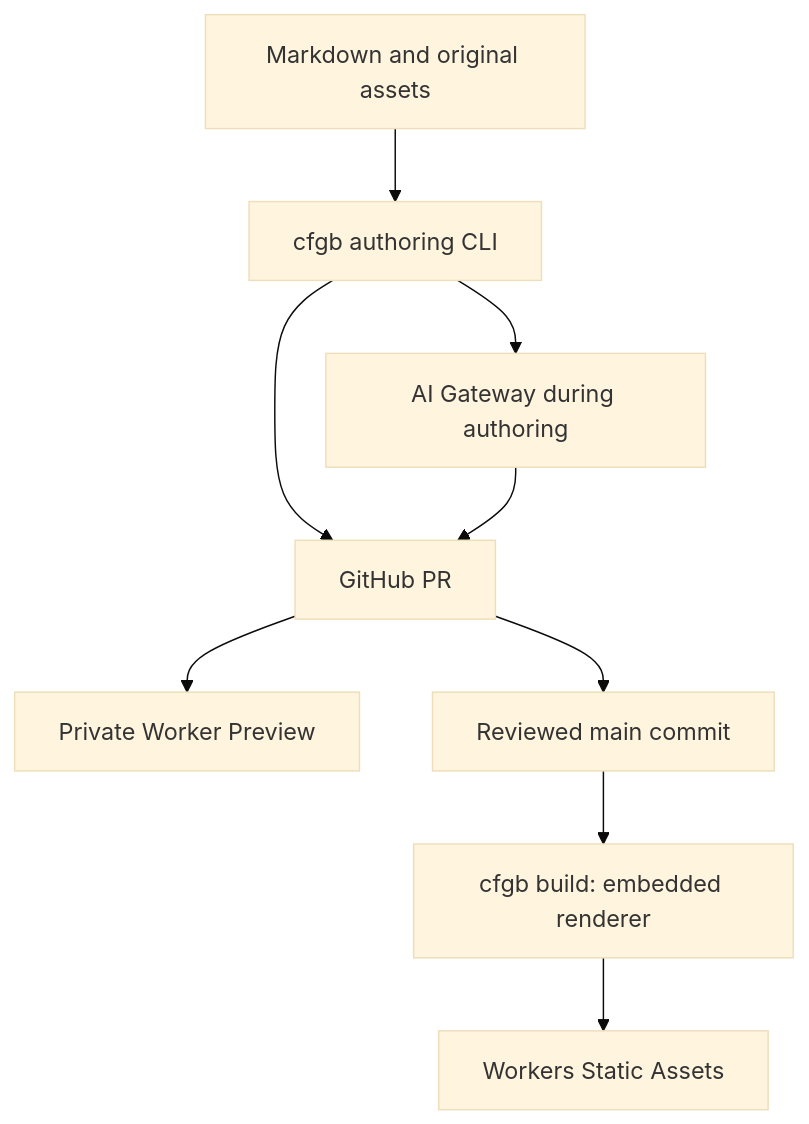
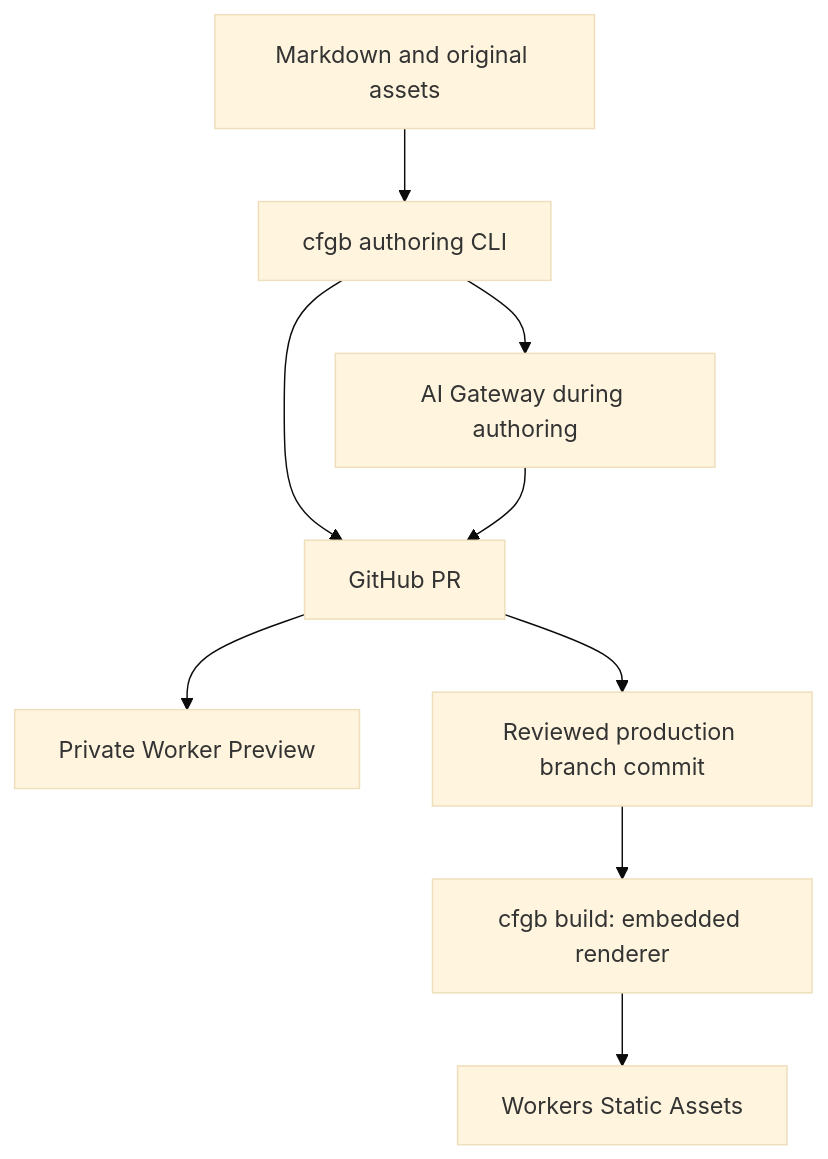
One commit to ymmt2005/cfgb changed the diagram in docs/spec/00-architecture.md. Above: the diagram before and after it, drawn with Mermaid (base theme). The commit also changed other lines of this file and 8 other files, not shown here.

Commit message:
Clarify semantic validation and configure the production branch

````diff
--- a/docs/spec/00-architecture.md
+++ b/docs/spec/00-architecture.md
@@ -54,11 +54,11 @@
 ```mermaid
 flowchart TD
   Author["Markdown and original assets"] --> CLI["cfgb authoring CLI"]
   CLI --> PR["GitHub PR"]
   CLI --> AI["AI Gateway during authoring"]
   AI --> PR
   PR --> Preview["Private Worker Preview"]
-  PR --> Main["Reviewed main commit"]
-  Main --> Build["cfgb build: embedded renderer"]
+  PR --> Production["Reviewed production branch commit"]
+  Production --> Build["cfgb build: embedded renderer"]
   Build --> Assets["Workers Static Assets"]
 ```
````
